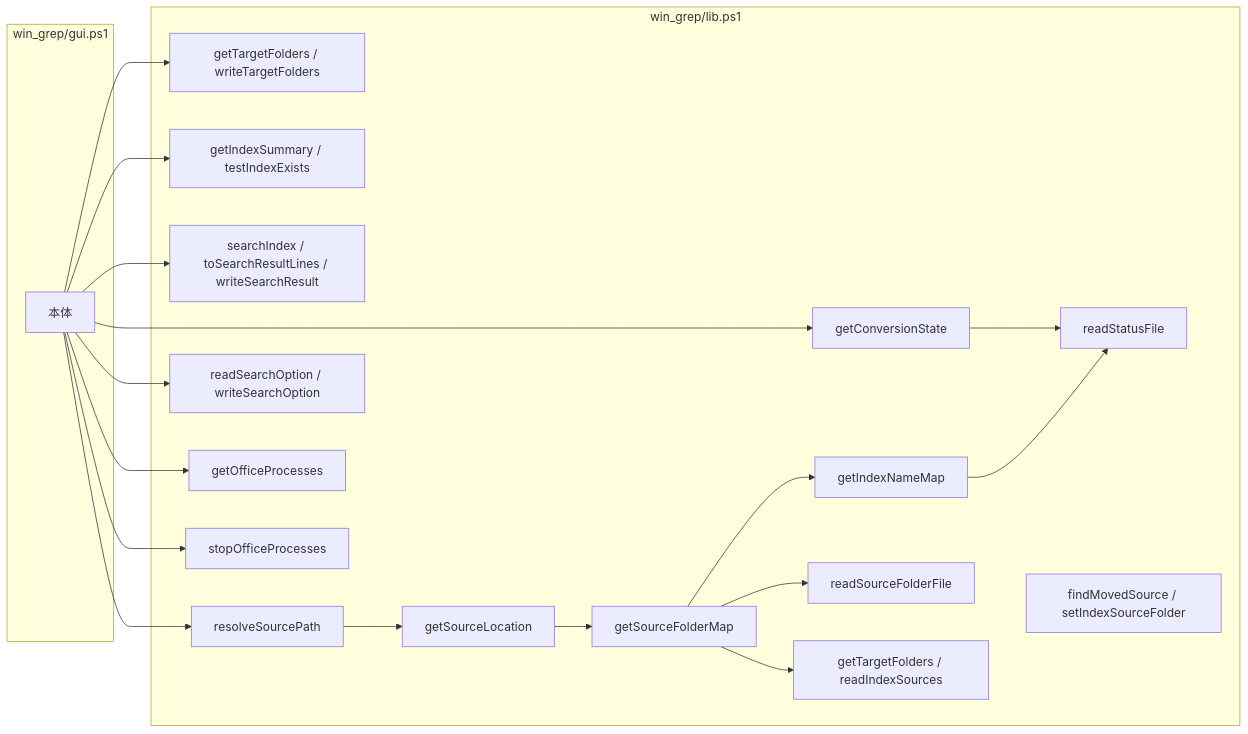
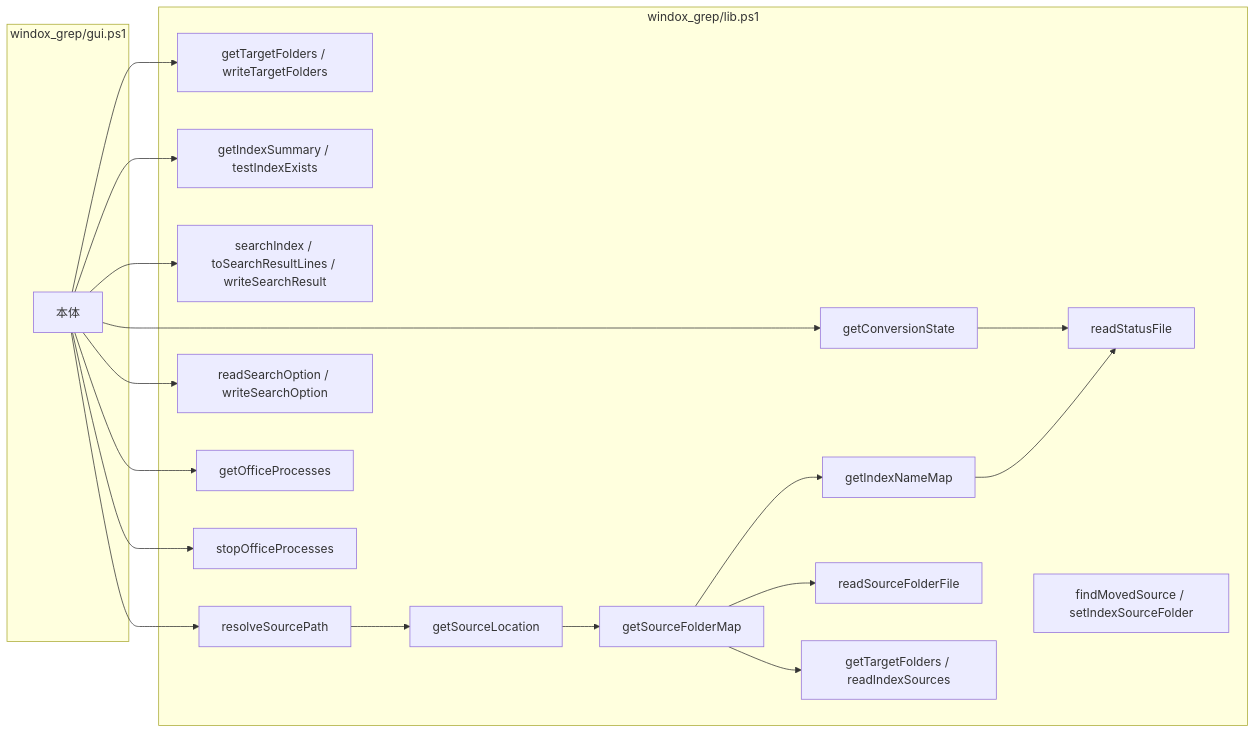
One commit to hsgwa/tebunko changed the second of 2 diagrams in docs/00_共通_2_共通モジュール.md. Above: the diagram before and after it, drawn with Mermaid. The commit also changed other lines of this file and 108 other files, not shown here.

First line of the commit message:
リポジトリ名を windox にし、ツール名を windox_grep へ改める

````diff
--- a/docs/00_共通_2_共通モジュール.md
+++ b/docs/00_共通_2_共通モジュール.md
@@ -187,21 +187,21 @@
 ```mermaid
 flowchart LR
-    subgraph GUI["win_grep/gui.ps1"]
+    subgraph GUI["windox_grep/gui.ps1"]
         G["本体"]
     end
-    subgraph CMS["win_grep/lib.ps1"]
+    subgraph CMS["windox_grep/lib.ps1"]
         TF["getTargetFolders / writeTargetFolders"]
         CS["getConversionState"] --> RSF["readStatusFile"]
         SUM["getIndexSummary / testIndexExists"]
         SI["searchIndex / toSearchResultLines / writeSearchResult"]
         RSP["resolveSourcePath"] --> SL["getSourceLocation"] --> SFM["getSourceFolderMap"] --> INM["getIndexNameMap"] --> RSF
         SFM --> RSFF["readSourceFolderFile"]
         SFM --> TGT["getTargetFolders / readIndexSources"]
         RPL["findMovedSource / setIndexSourceFolder"]
         OPT["readSearchOption / writeSearchOption"]
         GOP["getOfficeProcesses"]
         SOP["stopOfficeProcesses"]
     end
 
     G --> TF & CS & SUM & SI & RSP & OPT & GOP & SOP
 ```
````
